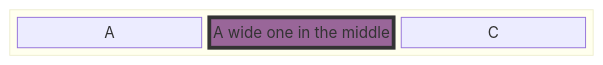
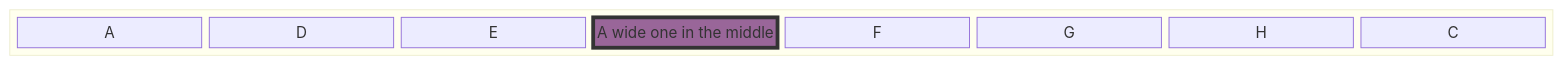
Before and after one commit to hobby-pc2026/linux-install: the diagram in linux-install-02.md, drawn with Mermaid.

````diff
--- a/linux-install-02.md
+++ b/linux-install-02.md
@@ -3,13 +3,18 @@
 ```mermaid
 block
 columns 1
 
 
   block:ID
     A
+      D
+      E
     B["A wide one in the middle"]
+      F
+      G
+      H
     C
   end
 
   style B fill:#969,stroke:#333,stroke-width:4px
 ```
````
